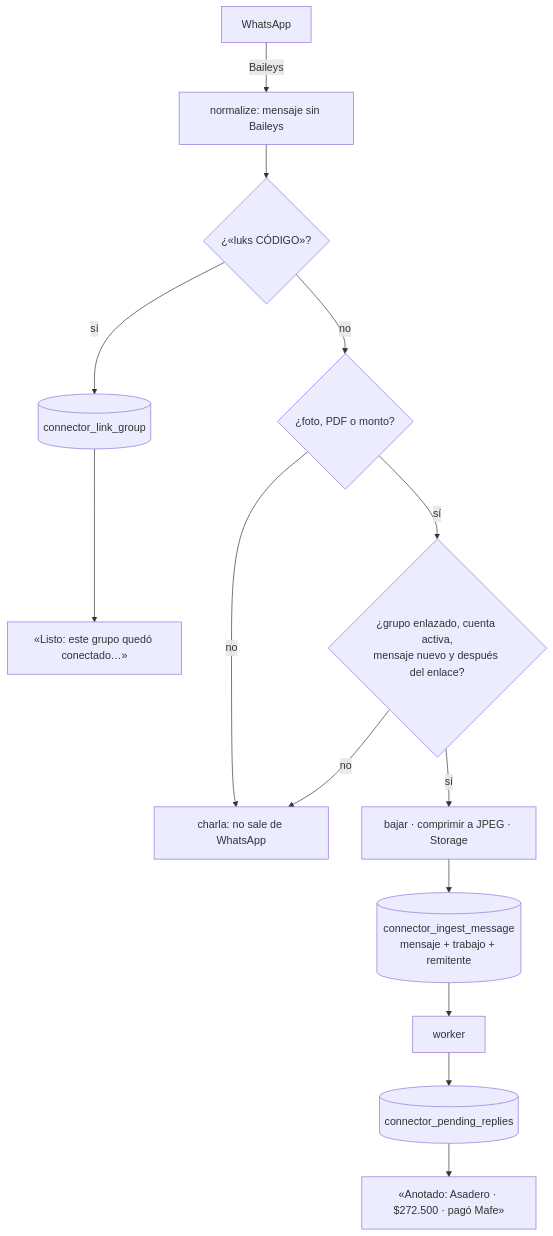
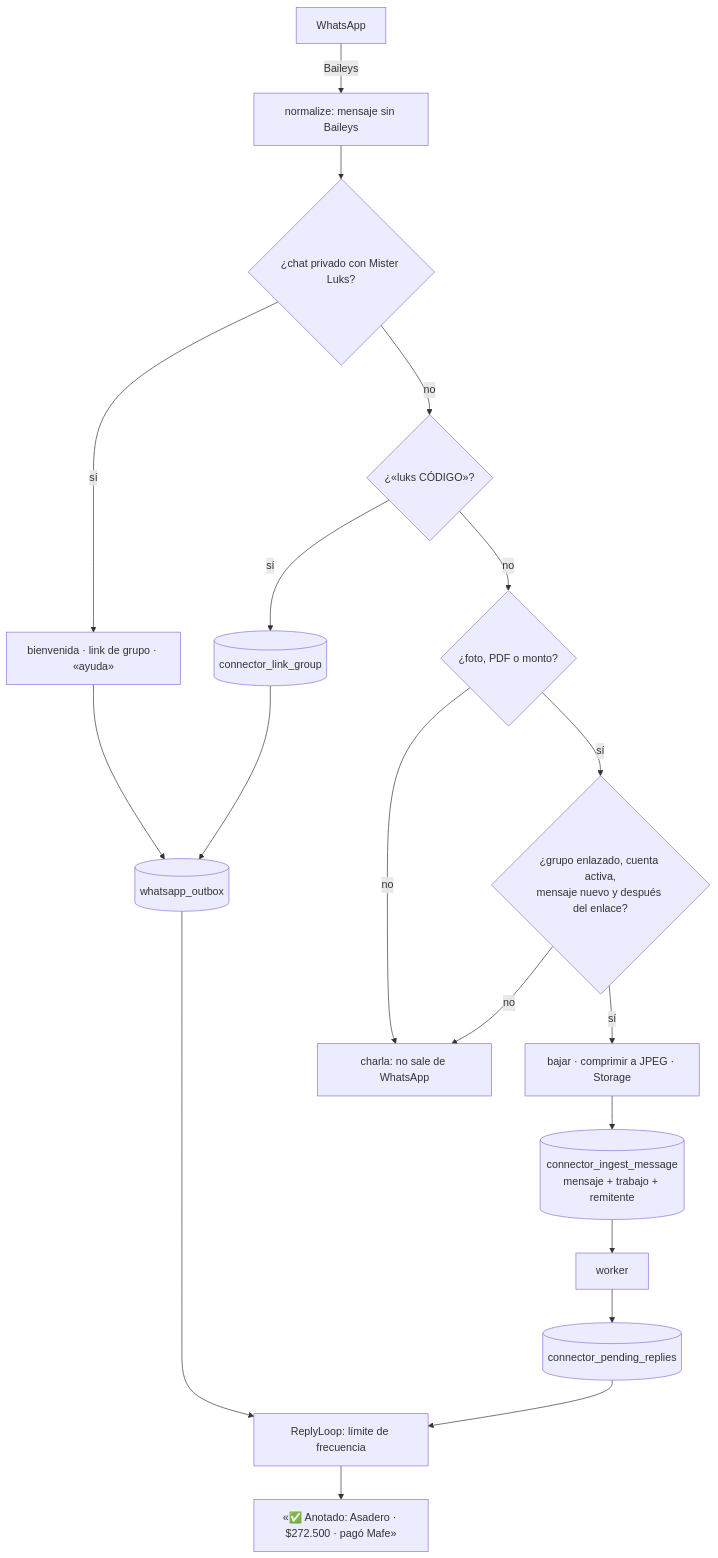
Before and after one commit to ChristianMoraLopez/Lucas: the diagram in services/connector/README.md, drawn with Mermaid. The commit also changed other lines of this file and 27 other files, not shown here.

````diff
--- a/services/connector/README.md
+++ b/services/connector/README.md
@@ -5,14 +5,18 @@
 ```mermaid
 flowchart TD
     WA[WhatsApp] -->|Baileys| N[normalize: mensaje sin Baileys]
-    N --> L{¿«luks CÓDIGO»?}
-    L -->|sí| E[(connector_link_group)] --> R1[«Listo: este grupo quedó conectado…»]
+    N --> PV{¿chat privado con Mister Luks?}
+    PV -->|sí| B[bienvenida · link de grupo · «ayuda»] --> O[(whatsapp_outbox)]
+    PV -->|no| L{¿«luks CÓDIGO»?}
+    L -->|sí| E[(connector_link_group)] --> O
     L -->|no| F{¿foto, PDF o monto?}
     F -->|no| X[charla: no sale de WhatsApp]
     F -->|sí| Q{¿grupo enlazado, cuenta activa,<br/>mensaje nuevo y después del enlace?}
     Q -->|no| X
     Q -->|sí| M[bajar · comprimir a JPEG · Storage]
     M --> I[(connector_ingest_message<br/>mensaje + trabajo + remitente)]
     I --> W[worker]
-    W --> P[(connector_pending_replies)] --> R2[«Anotado: Asadero · $272.500 · pagó Mafe»]
+    W --> P[(connector_pending_replies)] --> R[ReplyLoop: límite de frecuencia]
+    O --> R
+    R --> R2[«✅ Anotado: Asadero · $272.500 · pagó Mafe»]
 ```
````
